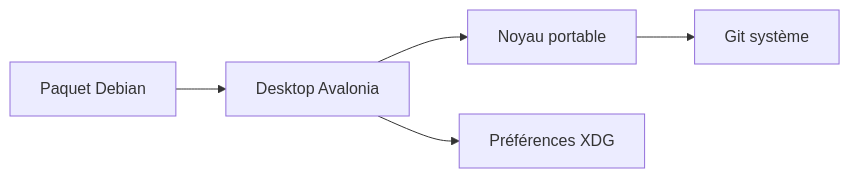
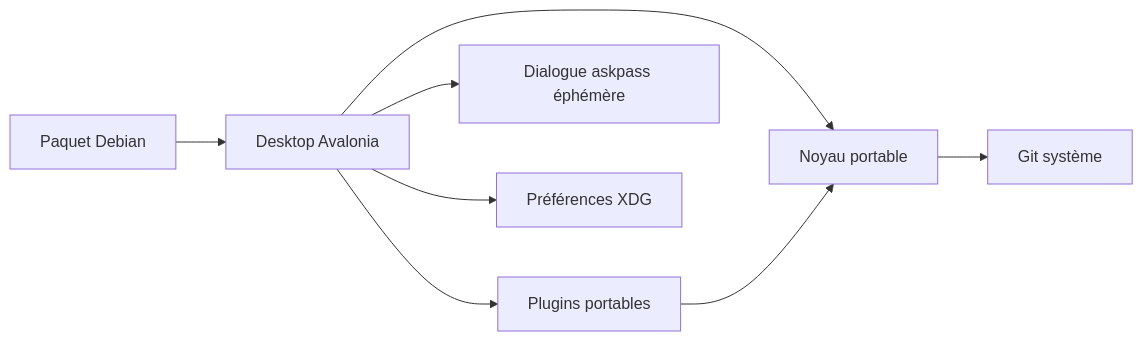
One commit to Azreal42/gitextensions changed the second of 2 diagrams in .agents/docs/c4.md. Above: the diagram before and after it, drawn with Mermaid. The commit also changed other lines of this file and 62 other files, not shown here.

````diff
--- a/.agents/docs/c4.md
+++ b/.agents/docs/c4.md
@@ -19,7 +19,10 @@
 ```mermaid
 flowchart LR
   UI[Desktop Avalonia] --> CORE[Noyau portable]
   CORE --> CLI[Git système]
+  UI --> PLUGINS[Plugins portables]
+  PLUGINS --> CORE
+  UI --> AUTH[Dialogue askpass éphémère]
   UI --> XDG[Préférences XDG]
   DEB[Paquet Debian] --> UI
 ```
````
